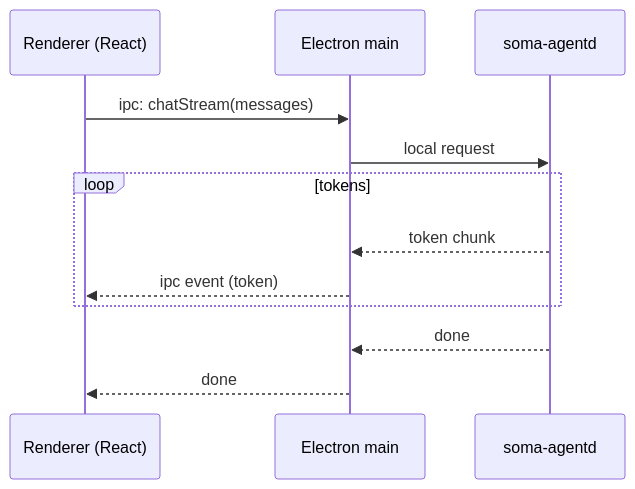
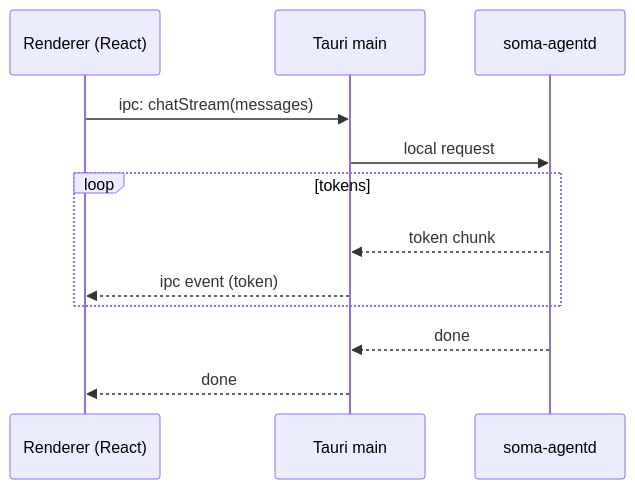
The fourth of 4 diagrams in docs/src/architecture/arc42/06-runtime-view.md (stephane-segning/soma), drawn with Mermaid before and after one commit. The commit also changed 10 other files, not shown here.

````diff
--- a/docs/src/architecture/arc42/06-runtime-view.md
+++ b/docs/src/architecture/arc42/06-runtime-view.md
@@ -49,15 +49,15 @@
 ```mermaid
 sequenceDiagram
   participant Renderer as Renderer (React)
-  participant Main as Electron main
+  participant Main as Tauri main
   participant Agent as soma-agentd
 
   Renderer->>Main: ipc: chatStream(messages)
   Main->>Agent: local request
   loop tokens
     Agent-->>Main: token chunk
     Main-->>Renderer: ipc event (token)
   end
   Agent-->>Main: done
   Main-->>Renderer: done
 ```
````
